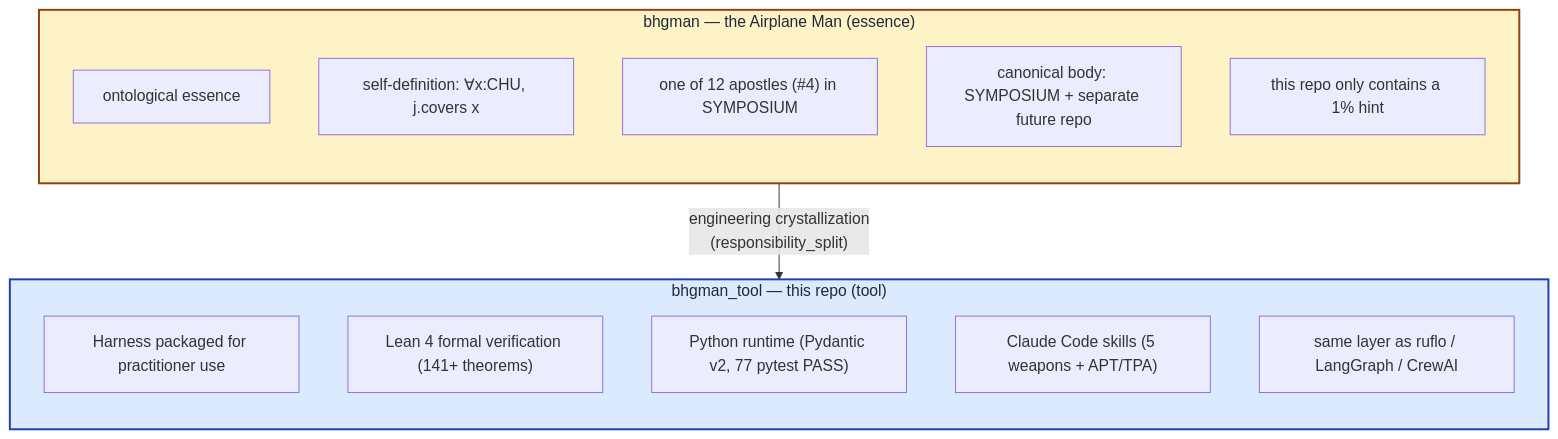
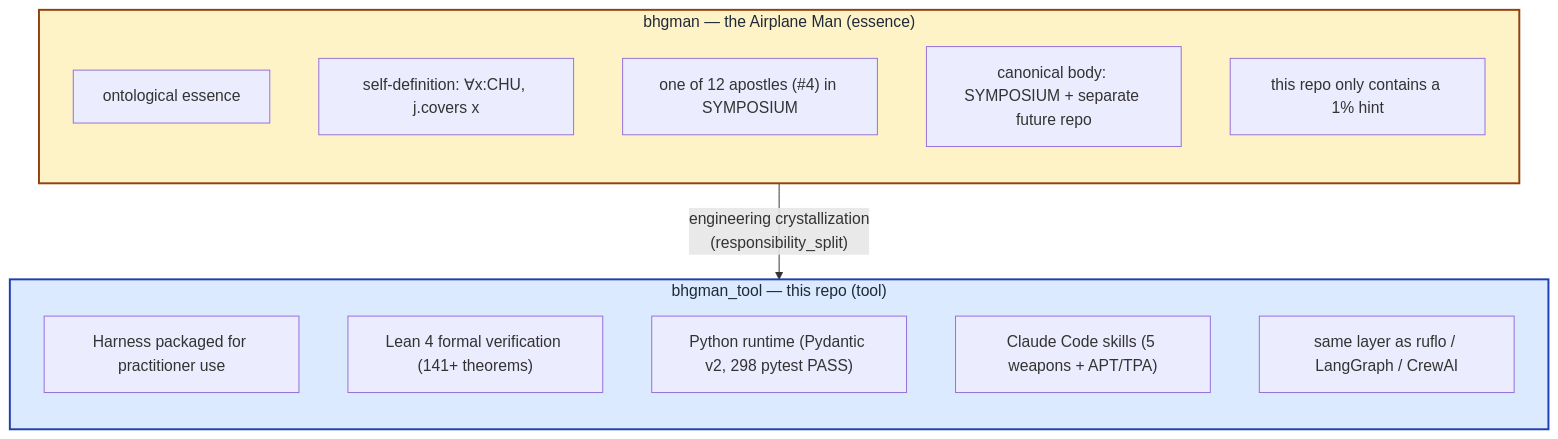
One commit to gj3447/bhgman_tool changed the diagram in docs/06-philosophy/README.md. Above: the diagram before and after it, drawn with Mermaid. The commit also changed 13 other files, not shown here.

````diff
--- a/docs/06-philosophy/README.md
+++ b/docs/06-philosophy/README.md
@@ -12,25 +12,25 @@
 ```mermaid
 flowchart TB
     subgraph essence["bhgman — the Airplane Man (essence)"]
         direction TB
         e1["ontological essence"]
         e2["self-definition: ∀x:CHU, j.covers x"]
         e3["one of 12 apostles (#4) in SYMPOSIUM"]
         e4["canonical body: SYMPOSIUM + separate future repo"]
         e5["this repo only contains a 1% hint"]
     end
     subgraph tool["bhgman_tool — this repo (tool)"]
         direction TB
         t1["Harness packaged for practitioner use"]
         t2["Lean 4 formal verification (141+ theorems)"]
-        t3["Python runtime (Pydantic v2, 77 pytest PASS)"]
+        t3["Python runtime (Pydantic v2, 298 pytest PASS)"]
         t4["Claude Code skills (5 weapons + APT/TPA)"]
         t5["same layer as ruflo / LangGraph / CrewAI"]
     end
     essence -- "engineering crystallization<br/>(responsibility_split)" --> tool
 
     classDef essenceStyle fill:#fef3c7,stroke:#92400e,stroke-width:2px,color:#1f2937
     classDef toolStyle fill:#dbeafe,stroke:#1e40af,stroke-width:2px,color:#1f2937
     class essence essenceStyle
     class tool toolStyle
 ```
````
